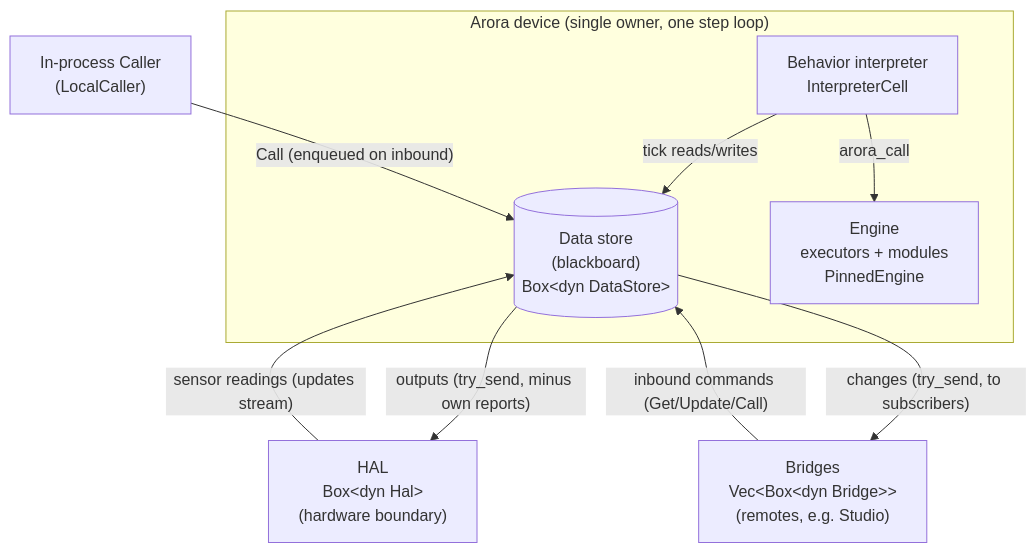
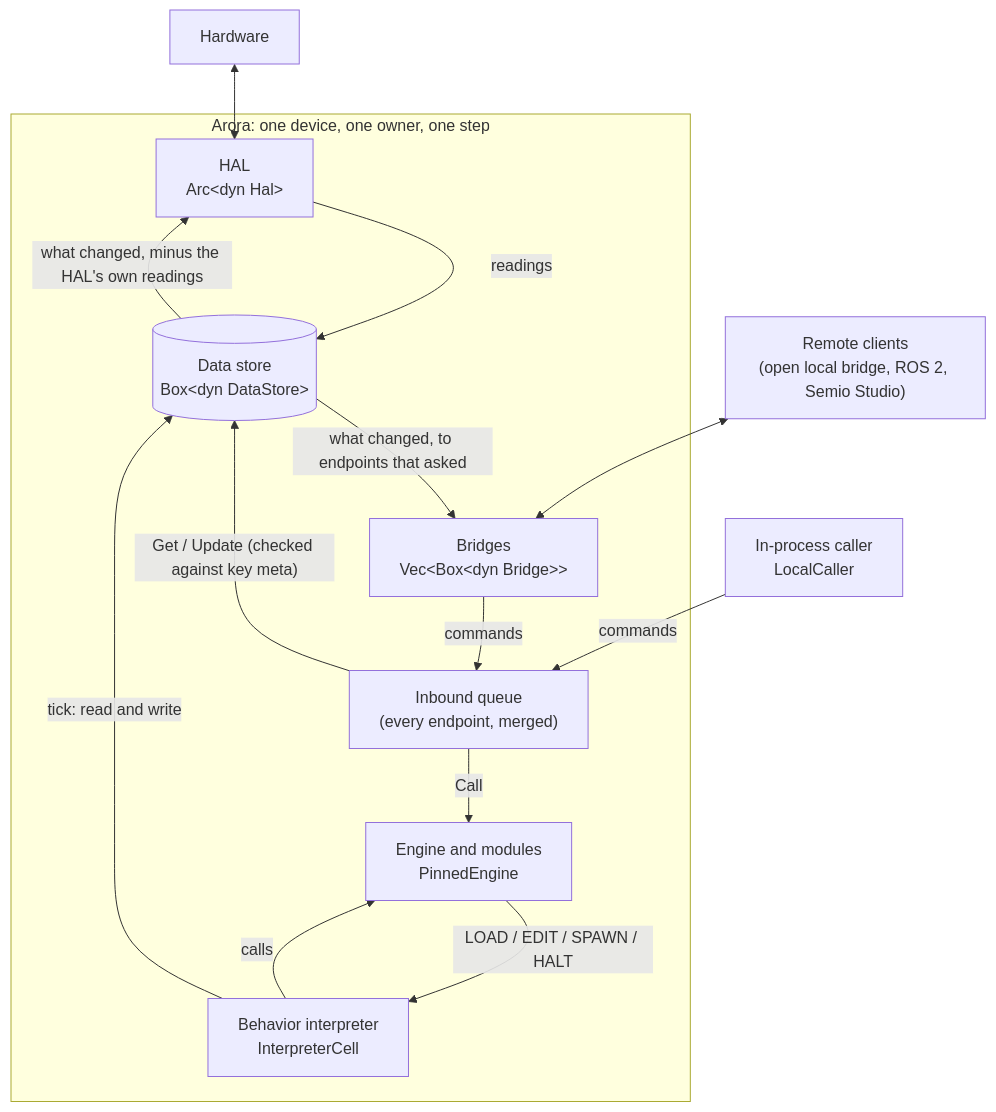
The first of 2 diagrams in crates/arora/docs/runtime-and-data-flow.md (semio-ai/arora-sdk), drawn with Mermaid before and after one commit. The commit also changed other lines of this file and 47 other files, not shown here.

````diff
--- a/crates/arora/docs/runtime-and-data-flow.md
+++ b/crates/arora/docs/runtime-and-data-flow.md
@@ -9,20 +12,28 @@
 ```mermaid
 flowchart TB
-  subgraph device["Arora device (single owner, one step loop)"]
-    store[("Data store<br/>(blackboard)<br/>Box&lt;dyn DataStore&gt;")]
+  hw["Hardware"]
+  remotes["Remote clients<br/>(open local bridge, ROS 2, Semio Studio)"]
+  caller["In-process caller<br/>LocalCaller"]
+
+  subgraph device["Arora: one device, one owner, one step"]
+    hal["HAL<br/>Arc&lt;dyn Hal&gt;"]
+    bridges["Bridges<br/>Vec&lt;Box&lt;dyn Bridge&gt;&gt;"]
+    inbound["Inbound queue<br/>(every endpoint, merged)"]
+    store[("Data store<br/>Box&lt;dyn DataStore&gt;")]
+    engine["Engine and modules<br/>PinnedEngine"]
     interp["Behavior interpreter<br/>InterpreterCell"]
-    engine["Engine<br/>executors + modules<br/>PinnedEngine"]
-    interp -- "tick reads/writes" --> store
-    interp -- "arora_call" --> engine
   end
 
-  hal["HAL<br/>Box&lt;dyn Hal&gt;<br/>(hardware boundary)"]
-  bridges["Bridges<br/>Vec&lt;Box&lt;dyn Bridge&gt;&gt;<br/>(remotes, e.g. Studio)"]
-  caller["In-process Caller<br/>(LocalCaller)"]
-
-  hal -- "sensor readings (updates stream)" --> store
-  store -- "outputs (try_send, minus own reports)" --> hal
-  bridges -- "inbound commands (Get/Update/Call)" --> store
-  store -- "changes (try_send, to subscribers)" --> bridges
-  caller -- "Call (enqueued on inbound)" --> store
+  hw <--> hal
+  remotes <--> bridges
+  hal -- "readings" --> store
+  bridges -- "commands" --> inbound
+  caller -- "commands" --> inbound
+  inbound -- "Get / Update (checked against key meta)" --> store
+  inbound -- "Call" --> engine
+  engine -- "LOAD / EDIT / SPAWN / HALT" --> interp
+  interp -- "tick: read and write" --> store
+  interp -- "calls" --> engine
+  store -- "what changed, minus the HAL's own readings" --> hal
+  store -- "what changed, to endpoints that asked" --> bridges
 ```
````
